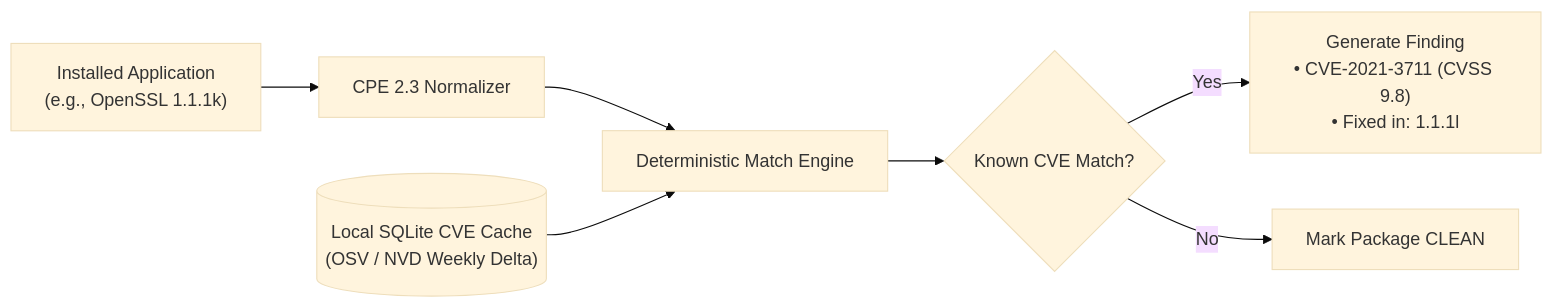
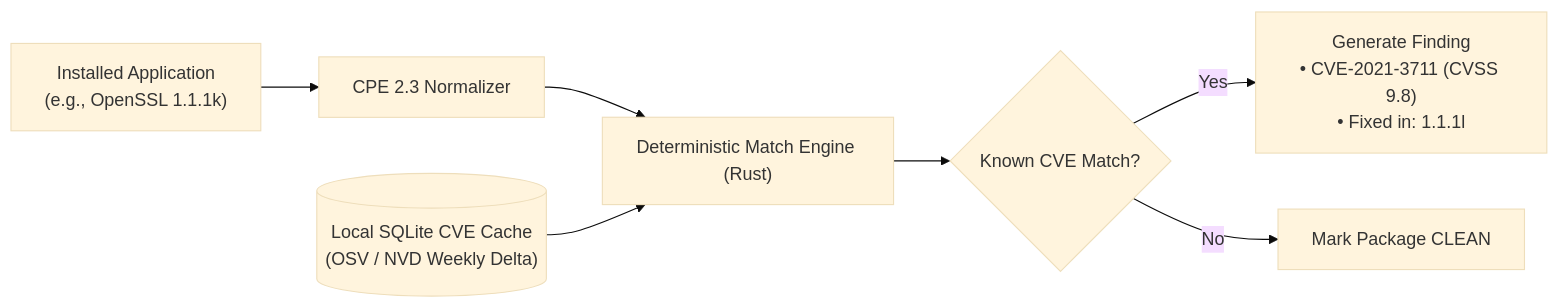
Before and after one commit to Subhadip-Paul2006/NETRA-Backend: the eighth of 13 diagrams in docs/SYSTEM_DESIGN.md, drawn with Mermaid (base theme). The commit also changed other lines of this file and 13 other files, not shown here.

Commit message:
docs: finalize Rust-first systems architecture lock across all 16 specifications

````diff
--- a/docs/SYSTEM_DESIGN.md
+++ b/docs/SYSTEM_DESIGN.md
@@ -288,9 +297,9 @@
 ```mermaid
 flowchart LR
     HostApp["Installed Application<br/>(e.g., OpenSSL 1.1.1k)"] --> CPE["CPE 2.3 Normalizer"]
-    CPE --> Matcher["Deterministic Match Engine"]
+    CPE --> Matcher["Deterministic Match Engine (Rust)"]
     CVECache[("Local SQLite CVE Cache<br/>(OSV / NVD Weekly Delta)")] --> Matcher
     Matcher --> Result{"Known CVE Match?"}
     Result -- Yes --> GenFinding["Generate Finding<br/>• CVE-2021-3711 (CVSS 9.8)<br/>• Fixed in: 1.1.1l"]
     Result -- No --> Clean["Mark Package CLEAN"]
 ```
````
